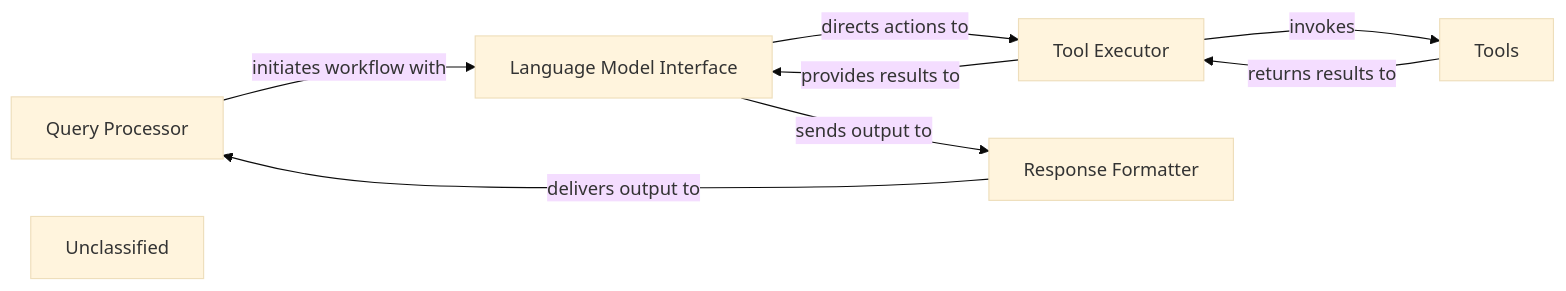
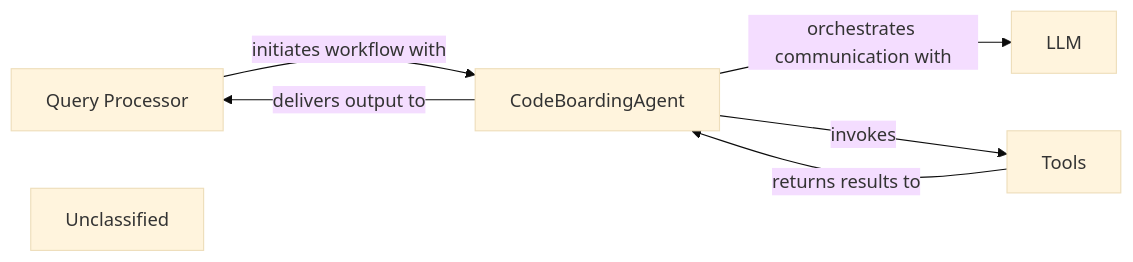
One commit to CodeBoarding/CodeBoarding changed the diagram in .codeboarding/Orchestration_Engine_Agent_Core_.md. Above: the diagram before and after it, drawn with Mermaid (base theme). The commit also changed other lines of this file and 15 other files, not shown here.

First line of the commit message:
docs: update codeboarding documentation and generate architecture

````diff
--- a/.codeboarding/Orchestration_Engine_Agent_Core_.md
+++ b/.codeboarding/Orchestration_Engine_Agent_Core_.md
@@ -1,16 +1,12 @@
 ```mermaid
 graph LR
     Query_Processor["Query Processor"]
-    Language_Model_Interface["Language Model Interface"]
-    Tool_Executor["Tool Executor"]
+    CodeBoardingAgent["CodeBoardingAgent"]
     Tools["Tools"]
-    Response_Formatter["Response Formatter"]
     Unclassified["Unclassified"]
-    Query_Processor -- "initiates workflow with" --> Language_Model_Interface
-    Language_Model_Interface -- "directs actions to" --> Tool_Executor
-    Tool_Executor -- "invokes" --> Tools
-    Tools -- "returns results to" --> Tool_Executor
-    Tool_Executor -- "provides results to" --> Language_Model_Interface
-    Language_Model_Interface -- "sends output to" --> Response_Formatter
-    Response_Formatter -- "delivers output to" --> Query_Processor
+    Query_Processor -- "initiates workflow with" --> CodeBoardingAgent
+    CodeBoardingAgent -- "orchestrates communication with" --> LLM
+    CodeBoardingAgent -- "invokes" --> Tools
+    Tools -- "returns results to" --> CodeBoardingAgent
+    CodeBoardingAgent -- "delivers output to" --> Query_Processor
 ```
````
